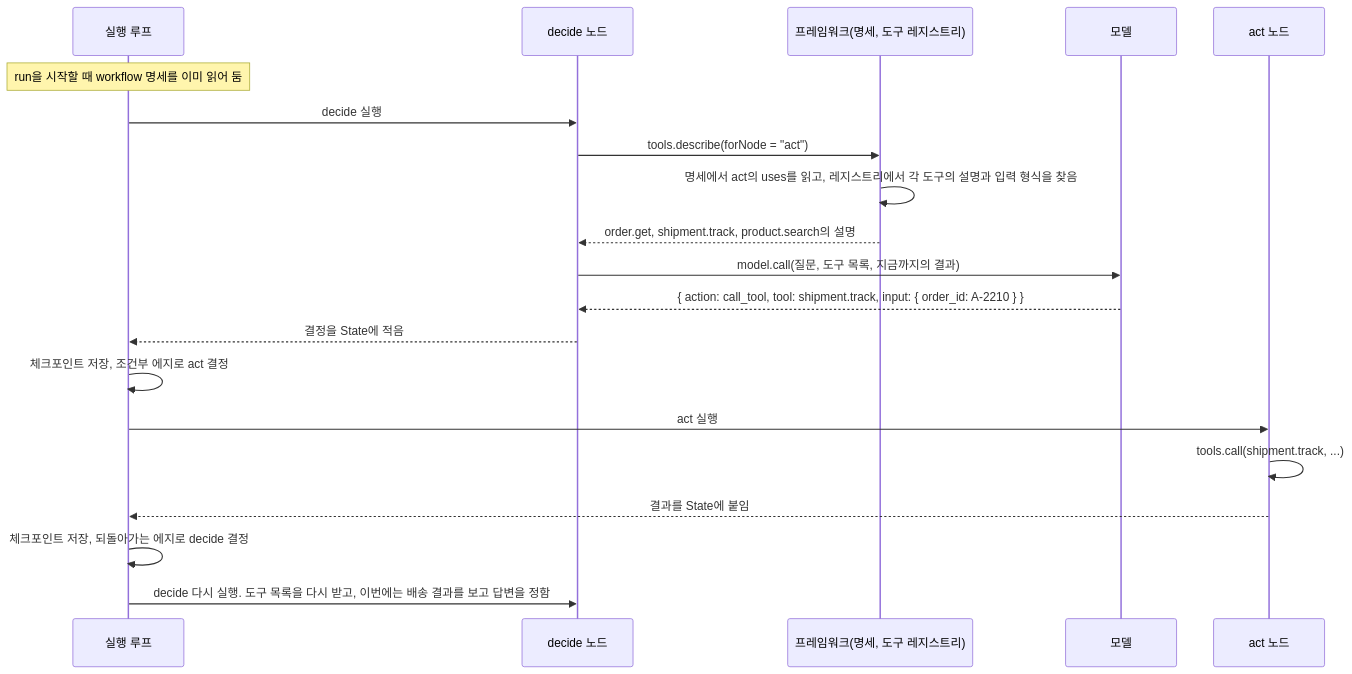
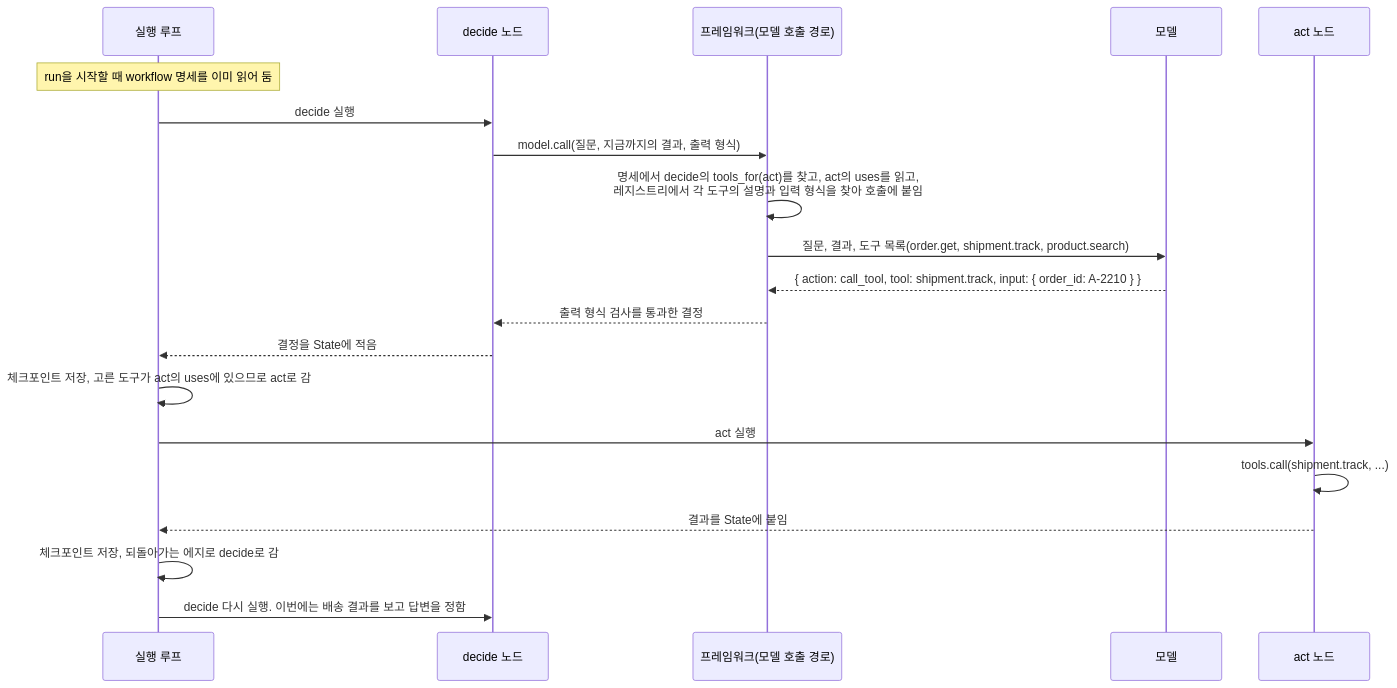
Before and after one commit to iwindfree/ai-agent-framework-architecture: diagram 19 of 27 in 00.architecture.md, drawn with Mermaid. The commit also changed other lines of this file, not shown here.

First line of the commit message:
Declare decide/act pairing with tools_for on the deciding node

````diff
--- a/00.architecture.md
+++ b/00.architecture.md
@@ -1740,22 +1750,22 @@
 ```mermaid
 sequenceDiagram
     participant L as 실행 루프
     participant D as decide 노드
-    participant F as 프레임워크(명세, 도구 레지스트리)
+    participant F as 프레임워크(모델 호출 경로)
     participant M as 모델
     participant A as act 노드
     Note over L: run을 시작할 때 workflow 명세를 이미 읽어 둠
     L->>D: decide 실행
-    D->>F: tools.describe(forNode = "act")
-    F->>F: 명세에서 act의 uses를 읽고, 레지스트리에서 각 도구의 설명과 입력 형식을 찾음
-    F-->>D: order.get, shipment.track, product.search의 설명
-    D->>M: model.call(질문, 도구 목록, 지금까지의 결과)
-    M-->>D: { action: call_tool, tool: shipment.track, input: { order_id: A-2210 } }
+    D->>F: model.call(질문, 지금까지의 결과, 출력 형식)
+    F->>F: 명세에서 decide의 tools_for(act)를 찾고, act의 uses를 읽고,<br/>레지스트리에서 각 도구의 설명과 입력 형식을 찾아 호출에 붙임
+    F->>M: 질문, 결과, 도구 목록(order.get, shipment.track, product.search)
+    M-->>F: { action: call_tool, tool: shipment.track, input: { order_id: A-2210 } }
+    F-->>D: 출력 형식 검사를 통과한 결정
     D-->>L: 결정을 State에 적음
-    L->>L: 체크포인트 저장, 조건부 에지로 act 결정
+    L->>L: 체크포인트 저장, 고른 도구가 act의 uses에 있으므로 act로 감
     L->>A: act 실행
     A->>A: tools.call(shipment.track, ...)
     A-->>L: 결과를 State에 붙임
-    L->>L: 체크포인트 저장, 되돌아가는 에지로 decide 결정
-    L->>D: decide 다시 실행. 도구 목록을 다시 받고, 이번에는 배송 결과를 보고 답변을 정함
+    L->>L: 체크포인트 저장, 되돌아가는 에지로 decide로 감
+    L->>D: decide 다시 실행. 이번에는 배송 결과를 보고 답변을 정함
 ```
````
